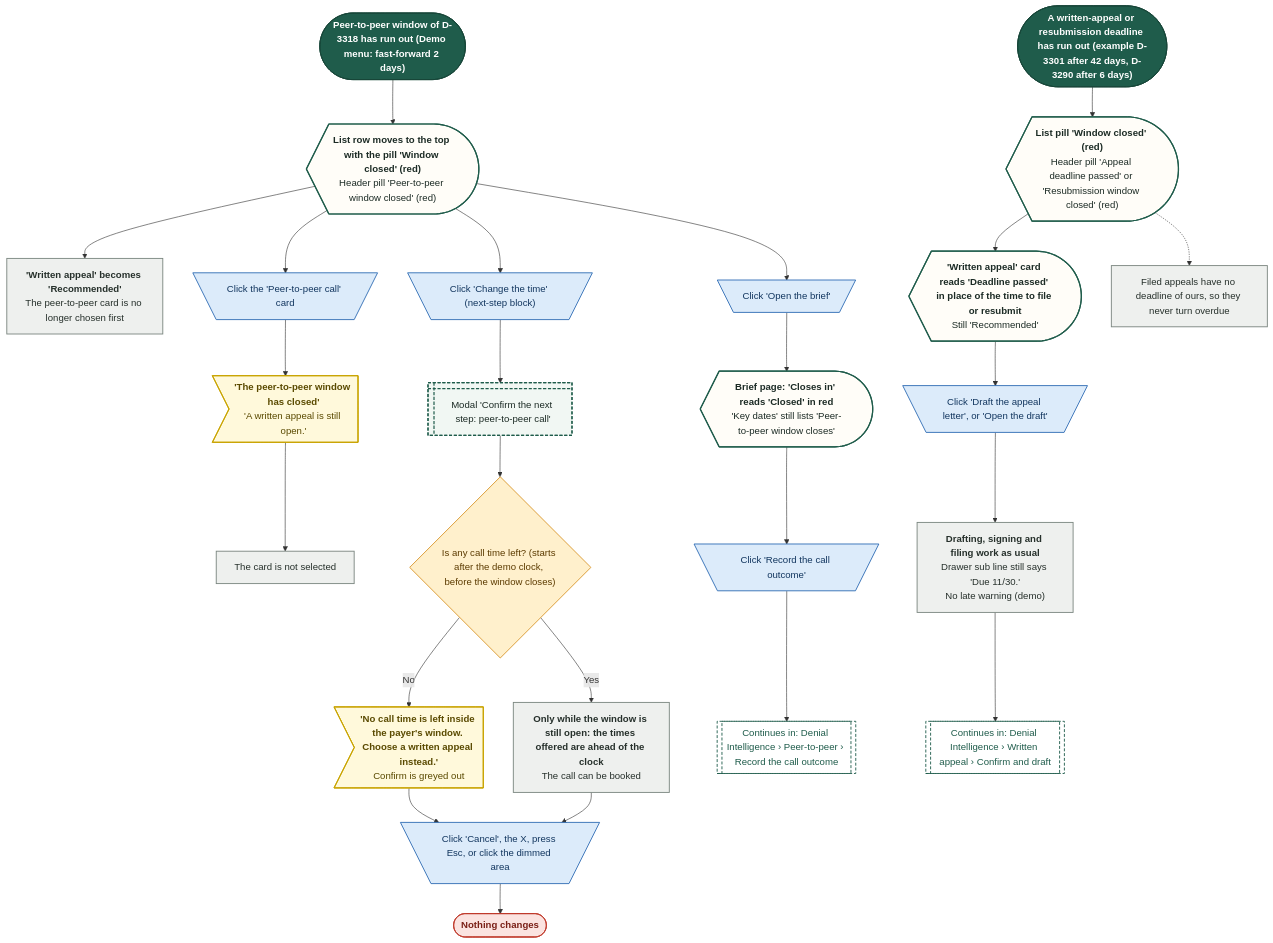
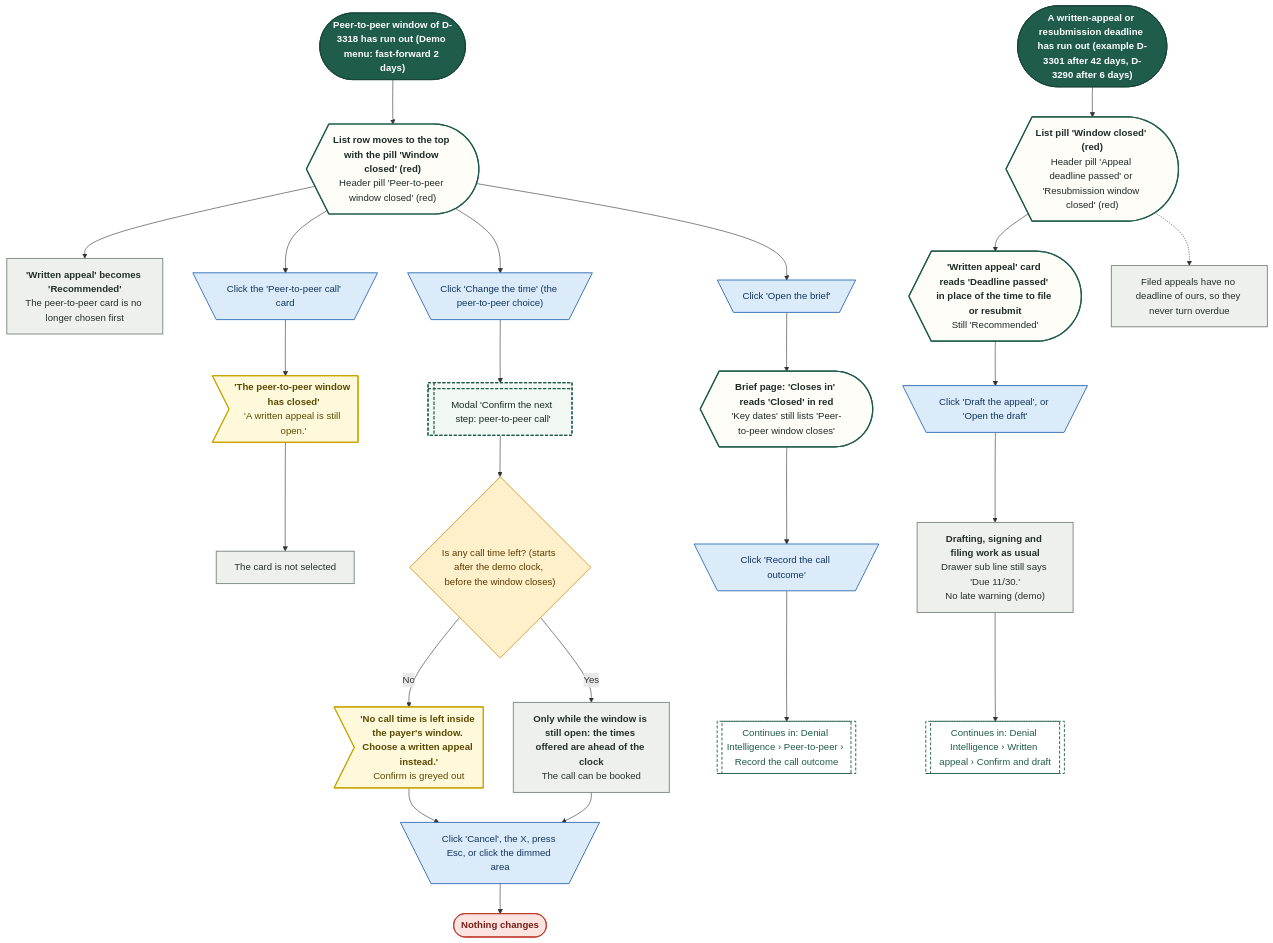
Diagram 24 of 28 in demos/prior-auth-demo/workflows/out/md/06-denials.md (Shrav143/psyfloapp), drawn with Mermaid before and after one commit. The commit also changed other lines of this file and 202 other files, not shown here.

First line of the commit message:
docs: round 6 README, CONVENTIONS, spec section 17, diagram module blurbs and 336 rebuilt diagrams

````diff
--- a/demos/prior-auth-demo/workflows/out/md/06-denials.md
+++ b/demos/prior-auth-demo/workflows/out/md/06-denials.md
@@ -1912,62 +1788,62 @@
 ```mermaid
 %%{init: {"theme":"base","themeVariables":{"fontFamily":"'DM Sans', 'Segoe UI', system-ui, sans-serif","fontSize":"15px","lineColor":"#5B6B63","primaryTextColor":"#1C2B25","clusterBkg":"#FBF8F3","clusterBorder":"#D9CDBB","edgeLabelBackground":"#FFFFFF"},"flowchart":{"curve":"basis","nodeSpacing":36,"rankSpacing":48,"padding":12,"htmlLabels":true,"useMaxWidth":false,"wrappingWidth":230}} }%%
 flowchart TD
   classDef k_start fill:#1F5C4B,stroke:#174638,color:#FFFFFF,stroke-width:1.5px,font-weight:600
   classDef k_end fill:#DDEFE3,stroke:#2E7D4F,color:#14502F,stroke-width:1.5px,font-weight:600
   classDef k_endx fill:#FBE3E0,stroke:#C0392B,color:#7A1F16,stroke-width:1.5px,font-weight:600
   classDef k_screen fill:#FFFDF8,stroke:#1F5C4B,color:#1C2B25,stroke-width:2px
   classDef k_overlay fill:#F1F7F3,stroke:#1F5C4B,color:#1C2B25,stroke-width:2px,stroke-dasharray:5 3
   classDef k_click fill:#DCEBFA,stroke:#2F6DB5,color:#12365F,stroke-width:1.5px
   classDef k_input fill:#E4E7FF,stroke:#4C5FD5,color:#1D2670,stroke-width:1.5px
   classDef k_process fill:#EEF0EE,stroke:#7A857F,color:#26302B,stroke-width:1.5px
   classDef k_agent fill:#EEE5FA,stroke:#7A4FC2,color:#341A63,stroke-width:1.5px
   classDef k_decision fill:#FFF0CC,stroke:#D9962B,color:#5C3B00,stroke-width:1.5px
   classDef k_store fill:#D5F0EA,stroke:#1C8E7B,color:#0B4A3F,stroke-width:1.5px
   classDef k_doc fill:#F6E9DC,stroke:#B07A4C,color:#4A2E14,stroke-width:1.5px
   classDef k_ext fill:#FFE6D2,stroke:#E07B39,color:#6B2F06,stroke-width:1.5px
   classDef k_wait fill:#E4E8EE,stroke:#6B7C93,color:#26303D,stroke-width:1.5px
   classDef k_toast fill:#FFF9DB,stroke:#C9A400,color:#5A4A00,stroke-width:1.5px
   classDef k_goto fill:#FFFFFF,stroke:#1F5C4B,color:#1F5C4B,stroke-width:1.5px,stroke-dasharray:5 3
   s1@{ shape: stadium, label: "Peer-to-peer window of D-3318 has run out (Demo menu: fast-forward 2 days)" }
   sc1@{ shape: curv-trap, label: "<b>List row moves to the top with the pill 'Window closed' (red)</b><br/>Header pill 'Peer-to-peer window closed' (red)" }
   p1@{ shape: rect, label: "<b>'Written appeal' becomes 'Recommended'</b><br/>The peer-to-peer card is no longer chosen first" }
   c1@{ shape: trap-t, label: "Click the 'Peer-to-peer call' card" }
   t1@{ shape: odd, label: "<b>'The peer-to-peer window has closed'</b><br/>'A written appeal is still open.'" }
   p2@{ shape: rect, label: "The card is not selected" }
-  c2@{ shape: trap-t, label: "Click 'Change the time' (next-step block)" }
+  c2@{ shape: trap-t, label: "Click 'Change the time' (the peer-to-peer choice)" }
   o1@{ shape: win-pane, label: "Modal 'Confirm the next step: peer-to-peer call'" }
   d1@{ shape: diam, label: "Is any call time left? (starts after the demo clock, before the window closes)" }
   t2@{ shape: odd, label: "<b>'No call time is left inside the payer's window. Choose a written appeal instead.'</b><br/>Confirm is greyed out" }
   p3@{ shape: rect, label: "<b>Only while the window is still open: the times offered are ahead of the clock</b><br/>The call can be booked" }
   c3@{ shape: trap-t, label: "Click 'Cancel', the X, press Esc, or click the dimmed area" }
   e1@{ shape: stadium, label: "Nothing changes" }
   c4@{ shape: trap-t, label: "Click 'Open the brief'" }
   b1@{ shape: curv-trap, label: "<b>Brief page: 'Closes in' reads 'Closed' in red</b><br/>'Key dates' still lists 'Peer-to-peer window closes'" }
   c5@{ shape: trap-t, label: "Click 'Record the call outcome'" }
   g1@{ shape: subproc, label: "Continues in: Denial Intelligence › Peer-to-peer › Record the call outcome" }
   s2@{ shape: stadium, label: "A written-appeal or resubmission deadline has run out (example D-3301 after 42 days, D-3290 after 6 days)" }
   sc2@{ shape: curv-trap, label: "<b>List pill 'Window closed' (red)</b><br/>Header pill 'Appeal deadline passed' or 'Resubmission window closed' (red)" }
   o2@{ shape: curv-trap, label: "<b>'Written appeal' card reads 'Deadline passed' in place of the time to file or resubmit</b><br/>Still 'Recommended'" }
-  c6@{ shape: trap-t, label: "Click 'Draft the appeal letter', or 'Open the draft'" }
+  c6@{ shape: trap-t, label: "Click 'Draft the appeal', or 'Open the draft'" }
   p4@{ shape: rect, label: "<b>Drafting, signing and filing work as usual</b><br/>Drawer sub line still says 'Due 11/30.'<br/>No late warning (demo)" }
   g2@{ shape: subproc, label: "Continues in: Denial Intelligence › Written appeal › Confirm and draft" }
   p5@{ shape: rect, label: "Filed appeals have no deadline of ours, so they never turn overdue" }
   s1 --> sc1 --> p1
   sc1 --> c1 --> t1 --> p2
   sc1 --> c2 --> o1 --> d1
   d1 -->|"No"| t2 --> c3
   d1 -->|"Yes"| p3 --> c3
   c3 --> e1
   sc1 --> c4 --> b1 --> c5 --> g1
   s2 --> sc2 --> o2 --> c6 --> p4 --> g2
   sc2 -.-> p5
   class s1,s2 k_start
   class sc1,b1,sc2,o2 k_screen
   class p1,p2,p3,p4,p5 k_process
   class c1,c2,c3,c4,c5,c6 k_click
   class t1,t2 k_toast
   class o1 k_overlay
   class d1 k_decision
   class e1 k_endx
   class g1,g2 k_goto
 ```
````
